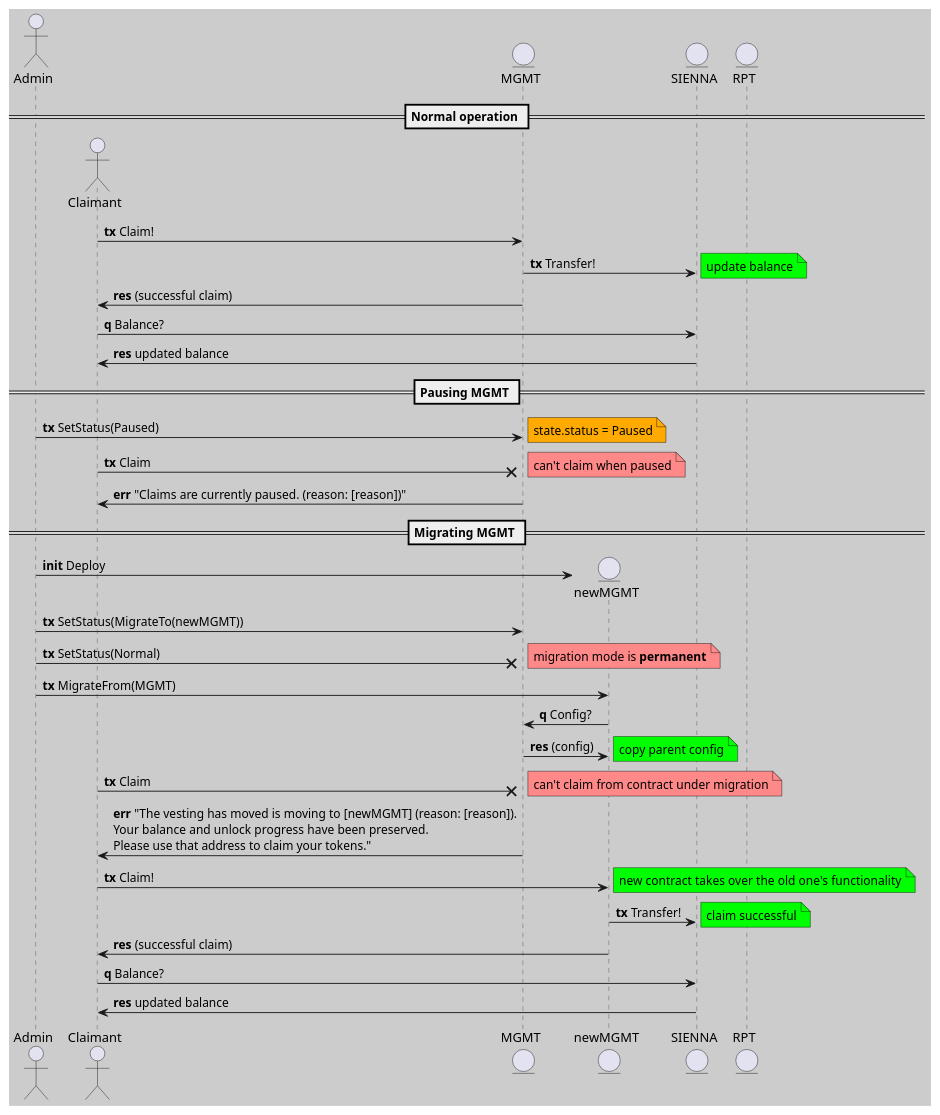
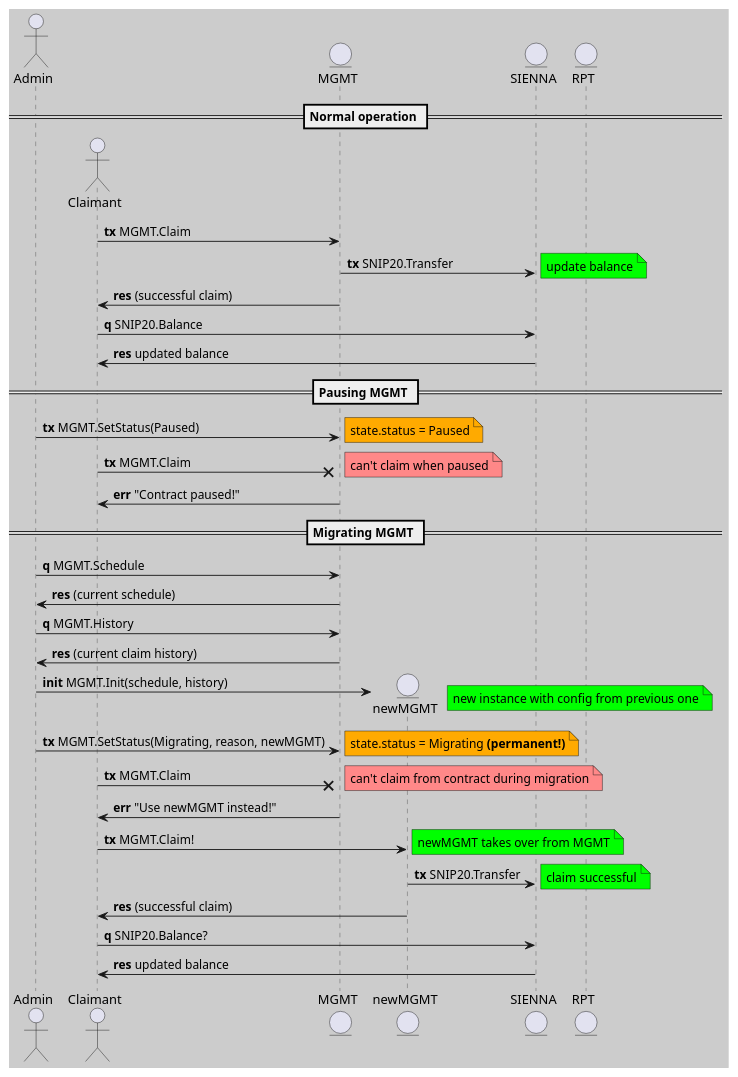
The diagram in docs/04_migrate_mgmt.pu (SiennaNetwork/SiennaNetwork), drawn with PlantUML before and after one commit. The commit also changed 3 other files, not shown here.

```diff
--- a/docs/04_migrate_mgmt.pu
+++ b/docs/04_migrate_mgmt.pu
@@ -1,43 +1,46 @@
 @startuml
 skinparam backgroundColor #ccc
 skinparam sequence.LifeLineBorderColor #555
 actor Admin order 0
 entity SIENNA order 3
 entity MGMT order 2
 entity RPT order 4
+
 == Normal operation ==
 create actor Claimant order 1
 Admin -[hidden]-> Claimant
-Claimant -> MGMT : **tx** Claim!
-MGMT -> SIENNA : **tx** Transfer!
+Claimant -> MGMT : **tx** MGMT.Claim
+MGMT -> SIENNA : **tx** SNIP20.Transfer
 note right #00ff00: update balance
 MGMT -> Claimant : **res** (successful claim)
-Claimant -> SIENNA : **q** Balance?
+Claimant -> SIENNA : **q** SNIP20.Balance
 SIENNA -> Claimant : **res** updated balance
+
 == Pausing MGMT ==
-Admin -> MGMT : **tx** SetStatus(Paused)
+Admin -> MGMT : **tx** MGMT.SetStatus(Paused)
 note right #ffaa00: state.status = Paused
-Claimant -x MGMT : **tx** Claim
+Claimant -x MGMT : **tx** MGMT.Claim
 note right #ff8888: can't claim when paused
-MGMT -> Claimant : **err** "Claims are currently paused. (reason: [reason])"
+MGMT -> Claimant : **err** "Contract paused!"
+
 == Migrating MGMT ==
+Admin -> MGMT : **q** MGMT.Schedule
+MGMT -> Admin : **res** (current schedule)
+Admin -> MGMT : **q** MGMT.History
+MGMT -> Admin : **res** (current claim history)
 create entity newMGMT order 2
-Admin -> newMGMT : **init** Deploy
-Admin -> MGMT : **tx** SetStatus(MigrateTo(newMGMT))
-Admin -x MGMT : **tx** SetStatus(Normal)
-note right #ff8888: migration mode is **permanent**
-Admin -> newMGMT : **tx** MigrateFrom(MGMT)
-newMGMT -> MGMT : **q** Config?
-MGMT -> newMGMT : **res** (config)
-note right #00ff00: copy parent config
-Claimant -x MGMT : **tx** Claim
-note right #ff8888: can't claim from contract under migration
-MGMT -> Claimant : **err** "The vesting has moved is moving to [newMGMT] (reason: [reason]).\nYour balance and unlock progress have been preserved.\nPlease use that address to claim your tokens."
-Claimant -> newMGMT : **tx** Claim!
-note right #00ff00: new contract takes over the old one's functionality
-newMGMT -> SIENNA : **tx** Transfer!
+Admin -> newMGMT : **init** MGMT.Init(schedule, history)
+note right #00ff00: new instance with config from previous one
+Admin -> MGMT : **tx** MGMT.SetStatus(Migrating, reason, newMGMT)
+note right #ffaa00: state.status = Migrating **(permanent!)**
+Claimant -x MGMT : **tx** MGMT.Claim
+note right #ff8888: can't claim from contract during migration
+MGMT -> Claimant : **err** "Use newMGMT instead!"
+Claimant -> newMGMT : **tx** MGMT.Claim!
+note right #00ff00: newMGMT takes over from MGMT
+newMGMT -> SIENNA : **tx** SNIP20.Transfer
 note right #00ff00: claim successful
 newMGMT -> Claimant : **res** (successful claim)
-Claimant -> SIENNA : **q** Balance?
+Claimant -> SIENNA : **q** SNIP20.Balance?
 SIENNA -> Claimant : **res** updated balance
 @enduml
```
